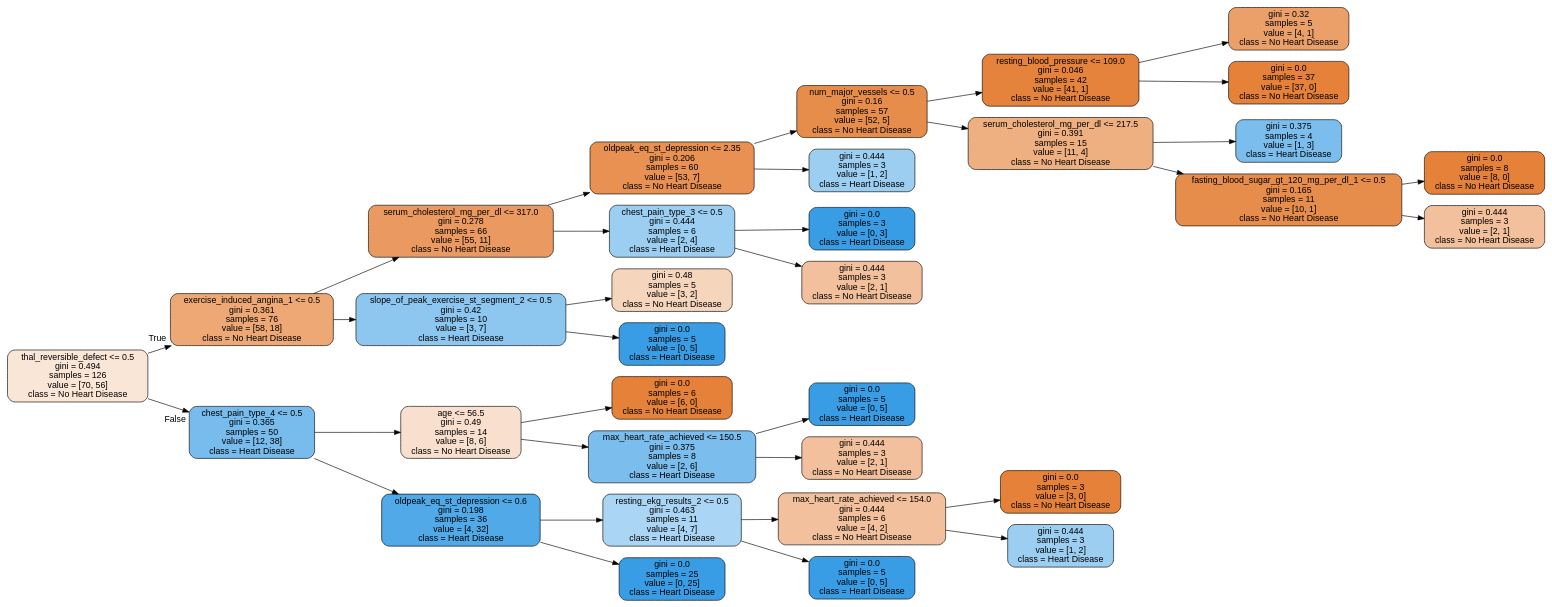
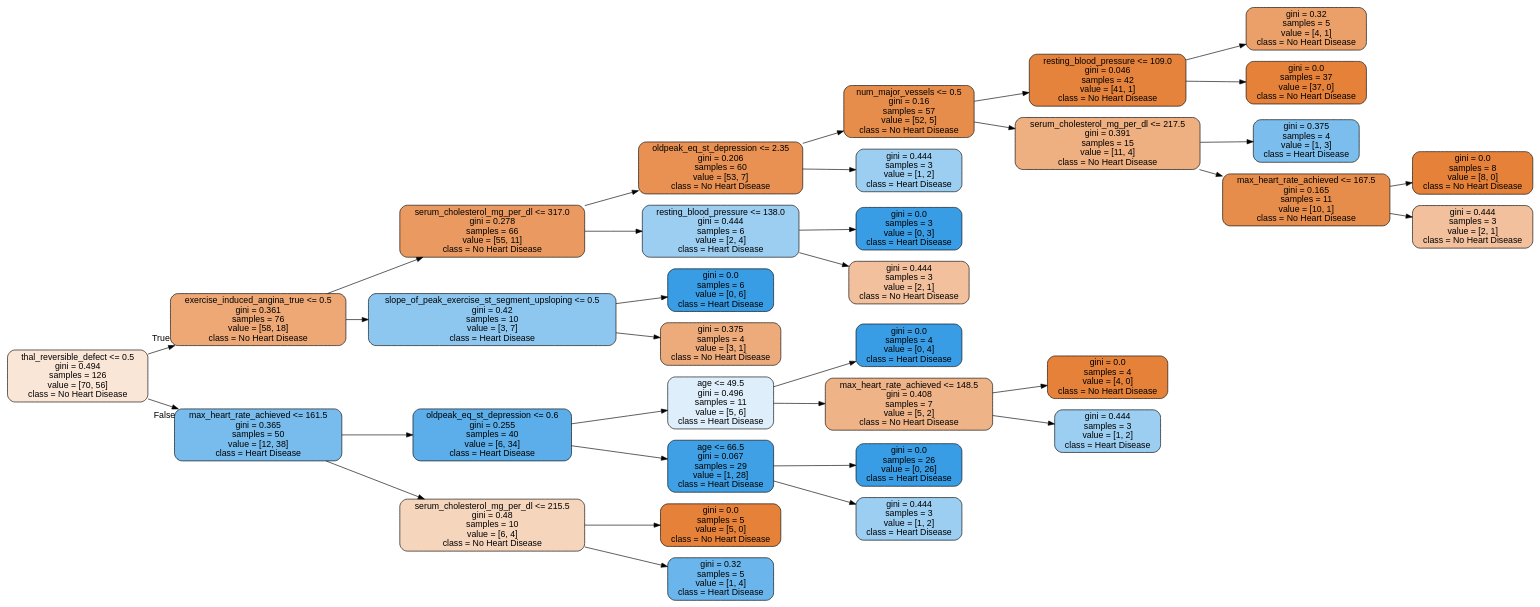
The diagram in single_dtree.dot (MattTriano/personal_site_public), drawn with Graphviz before and after one commit. The commit also changed 2 other files, not shown here.

```diff
--- a/single_dtree.dot
+++ b/single_dtree.dot
@@ -1,70 +1,70 @@
 digraph Tree {
 node [shape=box, style="filled, rounded", color="black", fontname=helvetica] ;
 edge [fontname=helvetica] ;
 rankdir=LR ;
 0 [label="thal_reversible_defect <= 0.5\ngini = 0.494\nsamples = 126\nvalue = [70, 56]\nclass = No Heart Disease", fillcolor="#e5813933"] ;
-1 [label="exercise_induced_angina_1 <= 0.5\ngini = 0.361\nsamples = 76\nvalue = [58, 18]\nclass = No Heart Disease", fillcolor="#e58139b0"] ;
+1 [label="exercise_induced_angina_true <= 0.5\ngini = 0.361\nsamples = 76\nvalue = [58, 18]\nclass = No Heart Disease", fillcolor="#e58139b0"] ;
 0 -> 1 [labeldistance=2.5, labelangle=-45, headlabel="True"] ;
 2 [label="serum_cholesterol_mg_per_dl <= 317.0\ngini = 0.278\nsamples = 66\nvalue = [55, 11]\nclass = No Heart Disease", fillcolor="#e58139cc"] ;
 1 -> 2 ;
 3 [label="oldpeak_eq_st_depression <= 2.35\ngini = 0.206\nsamples = 60\nvalue = [53, 7]\nclass = No Heart Disease", fillcolor="#e58139dd"] ;
 2 -> 3 ;
 4 [label="num_major_vessels <= 0.5\ngini = 0.16\nsamples = 57\nvalue = [52, 5]\nclass = No Heart Disease", fillcolor="#e58139e6"] ;
 3 -> 4 ;
 5 [label="resting_blood_pressure <= 109.0\ngini = 0.046\nsamples = 42\nvalue = [41, 1]\nclass = No Heart Disease", fillcolor="#e58139f9"] ;
 4 -> 5 ;
 6 [label="gini = 0.32\nsamples = 5\nvalue = [4, 1]\nclass = No Heart Disease", fillcolor="#e58139bf"] ;
 5 -> 6 ;
 7 [label="gini = 0.0\nsamples = 37\nvalue = [37, 0]\nclass = No Heart Disease", fillcolor="#e58139ff"] ;
 5 -> 7 ;
 8 [label="serum_cholesterol_mg_per_dl <= 217.5\ngini = 0.391\nsamples = 15\nvalue = [11, 4]\nclass = No Heart Disease", fillcolor="#e58139a2"] ;
 4 -> 8 ;
 9 [label="gini = 0.375\nsamples = 4\nvalue = [1, 3]\nclass = Heart Disease", fillcolor="#399de5aa"] ;
 8 -> 9 ;
-10 [label="fasting_blood_sugar_gt_120_mg_per_dl_1 <= 0.5\ngini = 0.165\nsamples = 11\nvalue = [10, 1]\nclass = No Heart Disease", fillcolor="#e58139e6"] ;
+10 [label="max_heart_rate_achieved <= 167.5\ngini = 0.165\nsamples = 11\nvalue = [10, 1]\nclass = No Heart Disease", fillcolor="#e58139e6"] ;
 8 -> 10 ;
 11 [label="gini = 0.0\nsamples = 8\nvalue = [8, 0]\nclass = No Heart Disease", fillcolor="#e58139ff"] ;
 10 -> 11 ;
 12 [label="gini = 0.444\nsamples = 3\nvalue = [2, 1]\nclass = No Heart Disease", fillcolor="#e581397f"] ;
 10 -> 12 ;
 13 [label="gini = 0.444\nsamples = 3\nvalue = [1, 2]\nclass = Heart Disease", fillcolor="#399de57f"] ;
 3 -> 13 ;
-14 [label="chest_pain_type_3 <= 0.5\ngini = 0.444\nsamples = 6\nvalue = [2, 4]\nclass = Heart Disease", fillcolor="#399de57f"] ;
+14 [label="resting_blood_pressure <= 138.0\ngini = 0.444\nsamples = 6\nvalue = [2, 4]\nclass = Heart Disease", fillcolor="#399de57f"] ;
 2 -> 14 ;
 15 [label="gini = 0.0\nsamples = 3\nvalue = [0, 3]\nclass = Heart Disease", fillcolor="#399de5ff"] ;
 14 -> 15 ;
 16 [label="gini = 0.444\nsamples = 3\nvalue = [2, 1]\nclass = No Heart Disease", fillcolor="#e581397f"] ;
 14 -> 16 ;
-17 [label="slope_of_peak_exercise_st_segment_2 <= 0.5\ngini = 0.42\nsamples = 10\nvalue = [3, 7]\nclass = Heart Disease", fillcolor="#399de592"] ;
+17 [label="slope_of_peak_exercise_st_segment_upsloping <= 0.5\ngini = 0.42\nsamples = 10\nvalue = [3, 7]\nclass = Heart Disease", fillcolor="#399de592"] ;
 1 -> 17 ;
-18 [label="gini = 0.48\nsamples = 5\nvalue = [3, 2]\nclass = No Heart Disease", fillcolor="#e5813955"] ;
+18 [label="gini = 0.0\nsamples = 6\nvalue = [0, 6]\nclass = Heart Disease", fillcolor="#399de5ff"] ;
 17 -> 18 ;
-19 [label="gini = 0.0\nsamples = 5\nvalue = [0, 5]\nclass = Heart Disease", fillcolor="#399de5ff"] ;
+19 [label="gini = 0.375\nsamples = 4\nvalue = [3, 1]\nclass = No Heart Disease", fillcolor="#e58139aa"] ;
 17 -> 19 ;
-20 [label="chest_pain_type_4 <= 0.5\ngini = 0.365\nsamples = 50\nvalue = [12, 38]\nclass = Heart Disease", fillcolor="#399de5ae"] ;
+20 [label="max_heart_rate_achieved <= 161.5\ngini = 0.365\nsamples = 50\nvalue = [12, 38]\nclass = Heart Disease", fillcolor="#399de5ae"] ;
 0 -> 20 [labeldistance=2.5, labelangle=45, headlabel="False"] ;
-21 [label="age <= 56.5\ngini = 0.49\nsamples = 14\nvalue = [8, 6]\nclass = No Heart Disease", fillcolor="#e5813940"] ;
+21 [label="oldpeak_eq_st_depression <= 0.6\ngini = 0.255\nsamples = 40\nvalue = [6, 34]\nclass = Heart Disease", fillcolor="#399de5d2"] ;
 20 -> 21 ;
-22 [label="gini = 0.0\nsamples = 6\nvalue = [6, 0]\nclass = No Heart Disease", fillcolor="#e58139ff"] ;
+22 [label="age <= 49.5\ngini = 0.496\nsamples = 11\nvalue = [5, 6]\nclass = Heart Disease", fillcolor="#399de52a"] ;
 21 -> 22 ;
-23 [label="max_heart_rate_achieved <= 150.5\ngini = 0.375\nsamples = 8\nvalue = [2, 6]\nclass = Heart Disease", fillcolor="#399de5aa"] ;
-21 -> 23 ;
-24 [label="gini = 0.0\nsamples = 5\nvalue = [0, 5]\nclass = Heart Disease", fillcolor="#399de5ff"] ;
-23 -> 24 ;
-25 [label="gini = 0.444\nsamples = 3\nvalue = [2, 1]\nclass = No Heart Disease", fillcolor="#e581397f"] ;
-23 -> 25 ;
-26 [label="oldpeak_eq_st_depression <= 0.6\ngini = 0.198\nsamples = 36\nvalue = [4, 32]\nclass = Heart Disease", fillcolor="#399de5df"] ;
-20 -> 26 ;
-27 [label="resting_ekg_results_2 <= 0.5\ngini = 0.463\nsamples = 11\nvalue = [4, 7]\nclass = Heart Disease", fillcolor="#399de56d"] ;
-26 -> 27 ;
-28 [label="max_heart_rate_achieved <= 154.0\ngini = 0.444\nsamples = 6\nvalue = [4, 2]\nclass = No Heart Disease", fillcolor="#e581397f"] ;
+23 [label="gini = 0.0\nsamples = 4\nvalue = [0, 4]\nclass = Heart Disease", fillcolor="#399de5ff"] ;
+22 -> 23 ;
+24 [label="max_heart_rate_achieved <= 148.5\ngini = 0.408\nsamples = 7\nvalue = [5, 2]\nclass = No Heart Disease", fillcolor="#e5813999"] ;
+22 -> 24 ;
+25 [label="gini = 0.0\nsamples = 4\nvalue = [4, 0]\nclass = No Heart Disease", fillcolor="#e58139ff"] ;
+24 -> 25 ;
+26 [label="gini = 0.444\nsamples = 3\nvalue = [1, 2]\nclass = Heart Disease", fillcolor="#399de57f"] ;
+24 -> 26 ;
+27 [label="age <= 66.5\ngini = 0.067\nsamples = 29\nvalue = [1, 28]\nclass = Heart Disease", fillcolor="#399de5f6"] ;
+21 -> 27 ;
+28 [label="gini = 0.0\nsamples = 26\nvalue = [0, 26]\nclass = Heart Disease", fillcolor="#399de5ff"] ;
 27 -> 28 ;
-29 [label="gini = 0.0\nsamples = 3\nvalue = [3, 0]\nclass = No Heart Disease", fillcolor="#e58139ff"] ;
-28 -> 29 ;
-30 [label="gini = 0.444\nsamples = 3\nvalue = [1, 2]\nclass = Heart Disease", fillcolor="#399de57f"] ;
-28 -> 30 ;
-31 [label="gini = 0.0\nsamples = 5\nvalue = [0, 5]\nclass = Heart Disease", fillcolor="#399de5ff"] ;
-27 -> 31 ;
-32 [label="gini = 0.0\nsamples = 25\nvalue = [0, 25]\nclass = Heart Disease", fillcolor="#399de5ff"] ;
-26 -> 32 ;
+29 [label="gini = 0.444\nsamples = 3\nvalue = [1, 2]\nclass = Heart Disease", fillcolor="#399de57f"] ;
+27 -> 29 ;
+30 [label="serum_cholesterol_mg_per_dl <= 215.5\ngini = 0.48\nsamples = 10\nvalue = [6, 4]\nclass = No Heart Disease", fillcolor="#e5813955"] ;
+20 -> 30 ;
+31 [label="gini = 0.0\nsamples = 5\nvalue = [5, 0]\nclass = No Heart Disease", fillcolor="#e58139ff"] ;
+30 -> 31 ;
+32 [label="gini = 0.32\nsamples = 5\nvalue = [1, 4]\nclass = Heart Disease", fillcolor="#399de5bf"] ;
+30 -> 32 ;
 }
```
